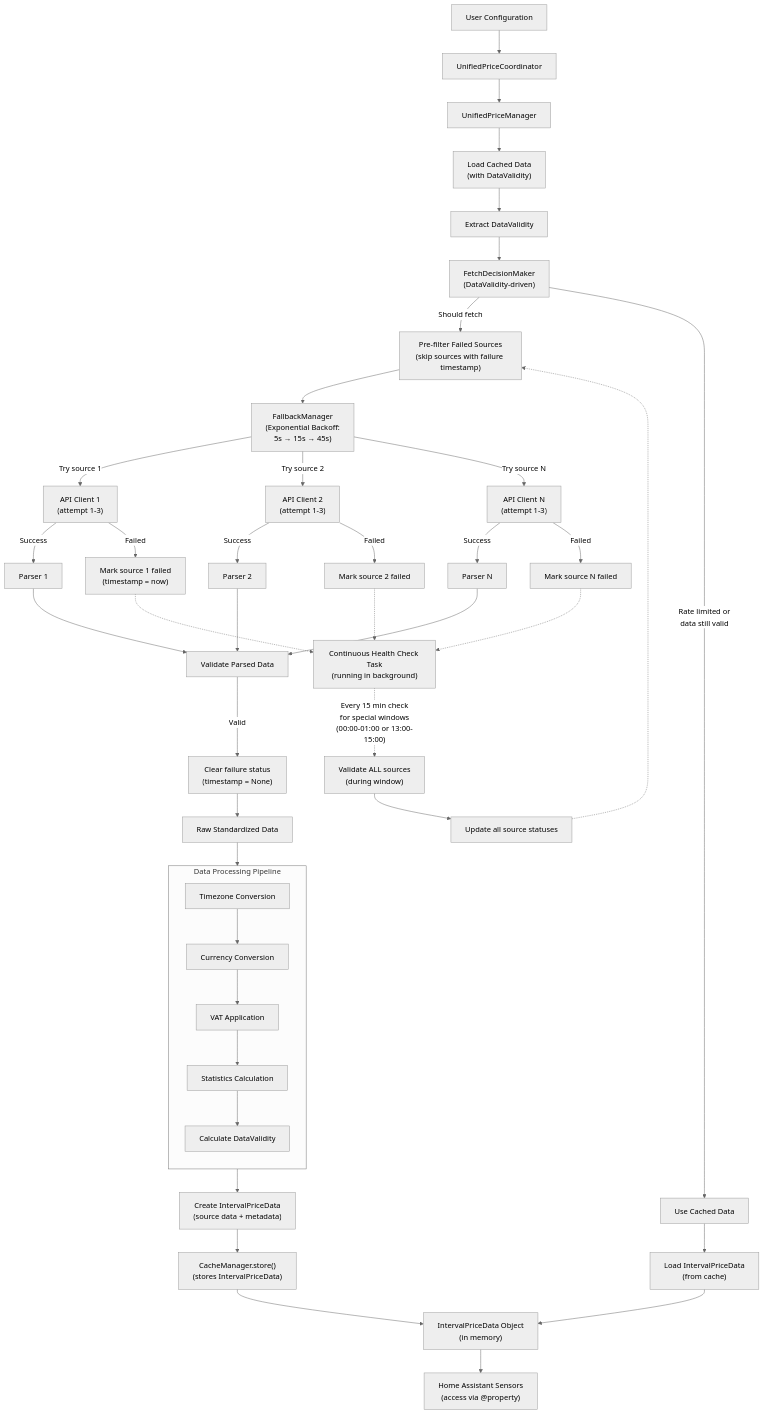
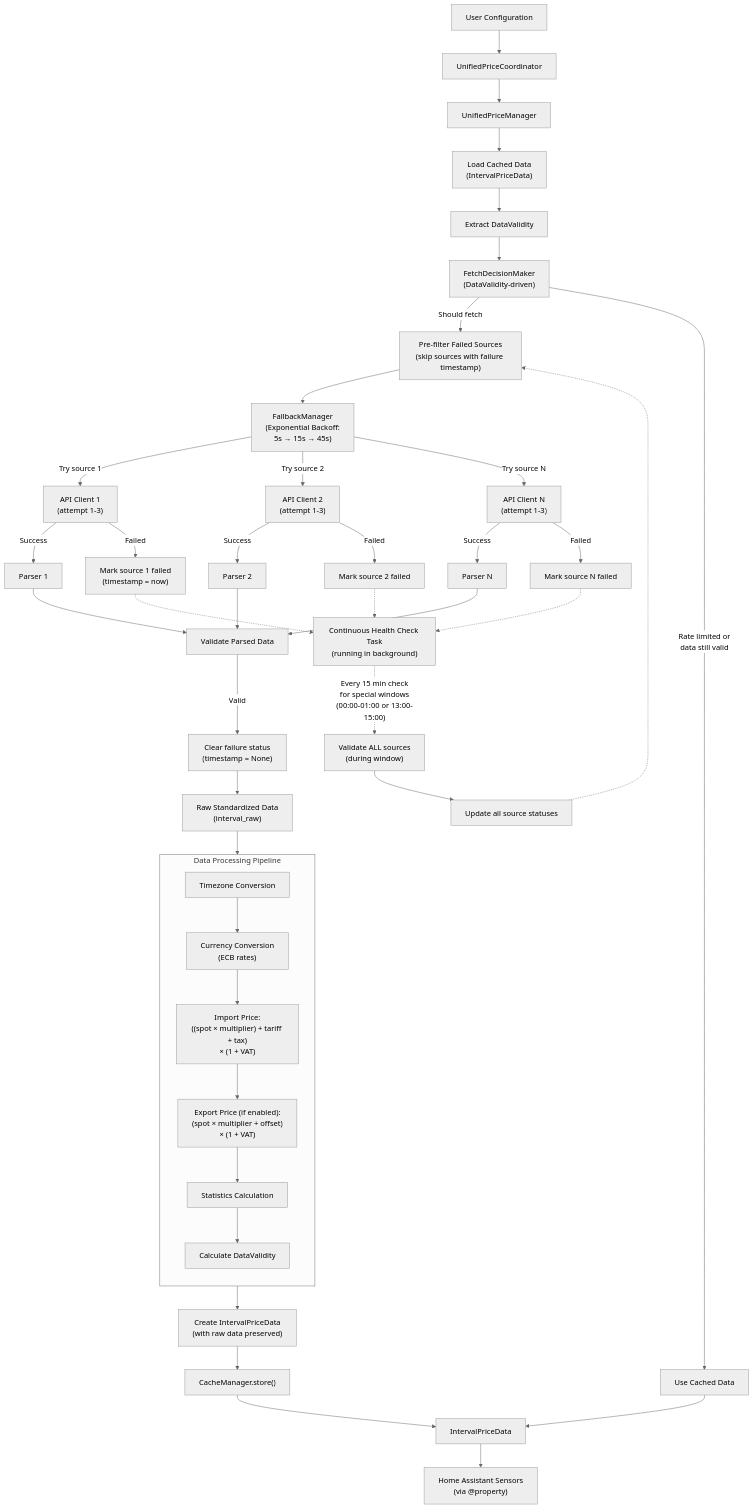
The first of 4 diagrams in README.md (enoch85/ge-spot), drawn with Mermaid (neutral theme) before and after one commit. The commit also changed other lines of this file and 2 other files, not shown here.

````diff
--- a/README.md
+++ b/README.md
@@ -629,60 +421,59 @@
 ```mermaid
 flowchart TD
     Config["User Configuration"] --> Coord["UnifiedPriceCoordinator"]
     Coord --> UPM["UnifiedPriceManager"]
     
-    UPM --> LoadCache["Load Cached Data<br/>(with DataValidity)"]
+    UPM --> LoadCache["Load Cached Data<br/>(IntervalPriceData)"]
     LoadCache --> ExtractValidity["Extract DataValidity"]
     ExtractValidity --> FetchDecision["FetchDecisionMaker<br/>(DataValidity-driven)"]
     
     FetchDecision --> |"Should fetch"| FilterSources["Pre-filter Failed Sources<br/>(skip sources with failure timestamp)"]
     FetchDecision --> |"Rate limited or<br/>data still valid"| UseCache["Use Cached Data"]
     
     FilterSources --> FallbackMgr["FallbackManager<br/>(Exponential Backoff:<br/>5s → 15s → 45s)"]
     
     FallbackMgr --> |"Try source 1"| API1["API Client 1<br/>(attempt 1-3)"]
     FallbackMgr --> |"Try source 2"| API2["API Client 2<br/>(attempt 1-3)"] 
     FallbackMgr --> |"Try source N"| APIN["API Client N<br/>(attempt 1-3)"]
     
     API1 --> |"Success"| Parser1["Parser 1"]
     API2 --> |"Success"| Parser2["Parser 2"]
     APIN --> |"Success"| ParserN["Parser N"]
     
     API1 --> |"Failed"| MarkFailed1["Mark source 1 failed<br/>(timestamp = now)"]
     API2 --> |"Failed"| MarkFailed2["Mark source 2 failed"]
     APIN --> |"Failed"| MarkFailedN["Mark source N failed"]
     
     MarkFailed1 -.-> HealthCheckBG["Continuous Health Check Task<br/>(running in background)"]
     MarkFailed2 -.-> HealthCheckBG
     MarkFailedN -.-> HealthCheckBG
     
     HealthCheckBG -.-> |"Every 15 min check<br/>for special windows<br/>(00:00-01:00 or 13:00-15:00)"| HealthCheck["Validate ALL sources<br/>(during window)"]
     HealthCheck --> UpdateAllStatus["Update all source statuses"]
     UpdateAllStatus -.-> FilterSources
     
     Parser1 --> Validate["Validate Parsed Data"]
     Parser2 --> Validate
     ParserN --> Validate
     
     Validate --> |"Valid"| ClearFailed["Clear failure status<br/>(timestamp = None)"]
-    ClearFailed --> RawData["Raw Standardized Data"]
+    ClearFailed --> RawData["Raw Standardized Data<br/>(interval_raw)"]
     
     RawData --> DataProcessor["DataProcessor"]
     
     subgraph DataProcessor["Data Processing Pipeline"]
         direction TB
-        TZ["Timezone Conversion"] --> Currency["Currency Conversion"]
-        Currency --> VAT["VAT Application"]
-        VAT --> Stats["Statistics Calculation"]
+        TZ["Timezone Conversion"] --> Currency["Currency Conversion<br/>(ECB rates)"]
+        Currency --> Import["Import Price:<br/>((spot × multiplier) + tariff + tax)<br/>× (1 + VAT)"]
+        Import --> Export["Export Price (if enabled):<br/>(spot × multiplier + offset)<br/>× (1 + VAT)"]
+        Export --> Stats["Statistics Calculation"]
         Stats --> CalcValidity["Calculate DataValidity"]
     end
     
-    DataProcessor --> CreateIPD["Create IntervalPriceData<br/>(source data + metadata)"]
-    CreateIPD --> CacheStore["CacheManager.store()<br/>(stores IntervalPriceData)"]
-    CacheStore --> IPDObject["IntervalPriceData Object<br/>(in memory)"]
+    DataProcessor --> CreateIPD["Create IntervalPriceData<br/>(with raw data preserved)"]
+    CreateIPD --> CacheStore["CacheManager.store()"]
+    CacheStore --> IPD["IntervalPriceData"]
     
-    UseCache --> LoadIPD["Load IntervalPriceData<br/>(from cache)"]
-    LoadIPD --> IPDObject
-    
-    IPDObject --> Sensors["Home Assistant Sensors<br/>(access via @property)"]
+    UseCache --> IPD
+    IPD --> Sensors["Home Assistant Sensors<br/>(via @property)"]
 ```
````
